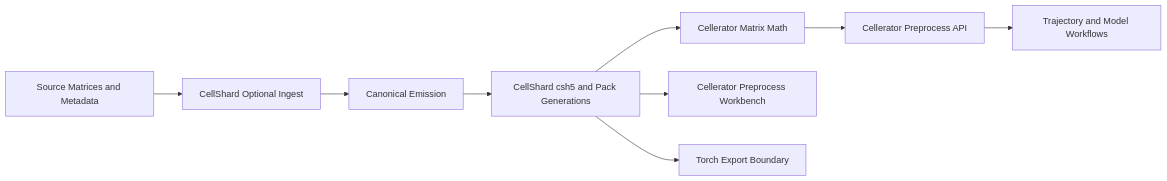
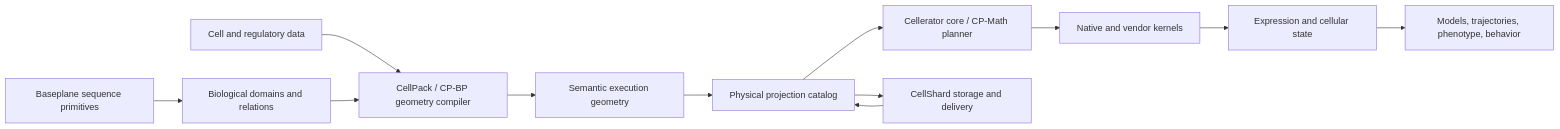
One commit to tumlinso/Cellerator changed the diagram in docs/index.qmd. Above: the diagram before and after it, drawn with Mermaid. The commit also changed other lines of this file and 19 other files, not shown here.

````diff
--- a/docs/index.qmd
+++ b/docs/index.qmd
@@ -35,11 +33,14 @@
 ```{mermaid}
 flowchart LR
-    A[Source Matrices and Metadata] --> B[CellShard Optional Ingest]
-    B --> C[Canonical Emission]
-    C --> D[CellShard csh5 and Pack Generations]
-    D --> E[Cellerator Matrix Math]
-    E --> I[Cellerator Preprocess API]
-    I --> F[Trajectory and Model Workflows]
-    D --> G[Cellerator Preprocess Workbench]
-    D --> H[Torch Export Boundary]
+    BP[Baseplane sequence primitives] --> ABI[Biological domains and relations]
+    DATA[Cell and regulatory data] --> CP[CellPack / CP-BP geometry compiler]
+    ABI --> CP
+    CP --> GEO[Semantic execution geometry]
+    GEO --> PROJ[Physical projection catalog]
+    PROJ --> MATH[Cellerator core / CP-Math planner]
+    MATH --> KERNELS[Native and vendor kernels]
+    KERNELS --> STATE[Expression and cellular state]
+    STATE --> HIGHER[Models, trajectories, phenotype, behavior]
+    CS[CellShard storage and delivery] --> PROJ
+    PROJ --> CS
 ```
````
